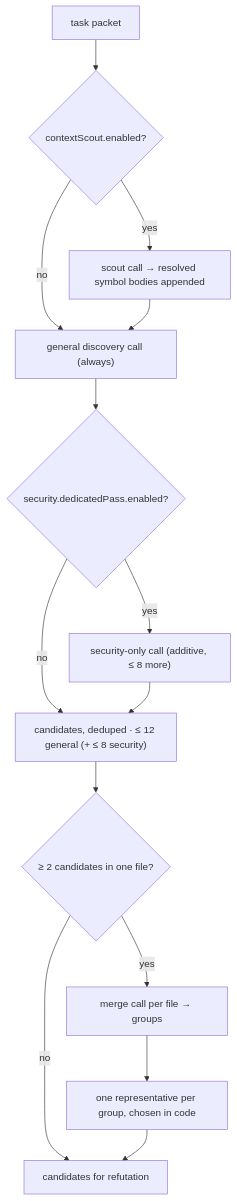
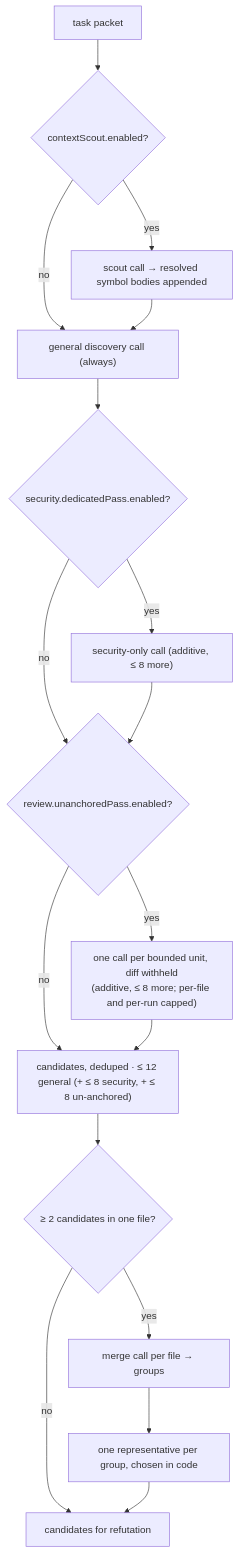
Before and after one commit to sebastianwessel/codereviewer: the diagram in docs/03-concepts/pipeline/04-holistic-discovery.md, drawn with Mermaid. The commit also changed other lines of this file and 36 other files, not shown here.

````diff
--- a/docs/03-concepts/pipeline/04-holistic-discovery.md
+++ b/docs/03-concepts/pipeline/04-holistic-discovery.md
@@ -117,16 +134,19 @@
 ```mermaid
 flowchart TD
   P["task packet"] --> S{"contextScout.enabled?"}
   S -- yes --> SC["scout call → resolved symbol bodies appended"]
   S -- no --> G
   SC --> G["general discovery call (always)"]
   G --> SE{"security.dedicatedPass.enabled?"}
   SE -- yes --> SP["security-only call (additive, ≤ 8 more)"]
-  SE -- no --> C["candidates, deduped · ≤ 12 general (+ ≤ 8 security)"]
-  SP --> C
+  SE -- no --> UA{"review.unanchoredPass.enabled?"}
+  SP --> UA
+  UA -- yes --> UP["one call per bounded unit, diff withheld<br/>(additive, ≤ 8 more; per-file and per-run capped)"]
+  UA -- no --> C["candidates, deduped · ≤ 12 general (+ ≤ 8 security, + ≤ 8 un-anchored)"]
+  UP --> C
   C --> M{"≥ 2 candidates in one file?"}
   M -- no --> O["candidates for refutation"]
   M -- yes --> MM["merge call per file → groups"]
   MM --> R["one representative per group, chosen in code"]
   R --> O
 ```
````
